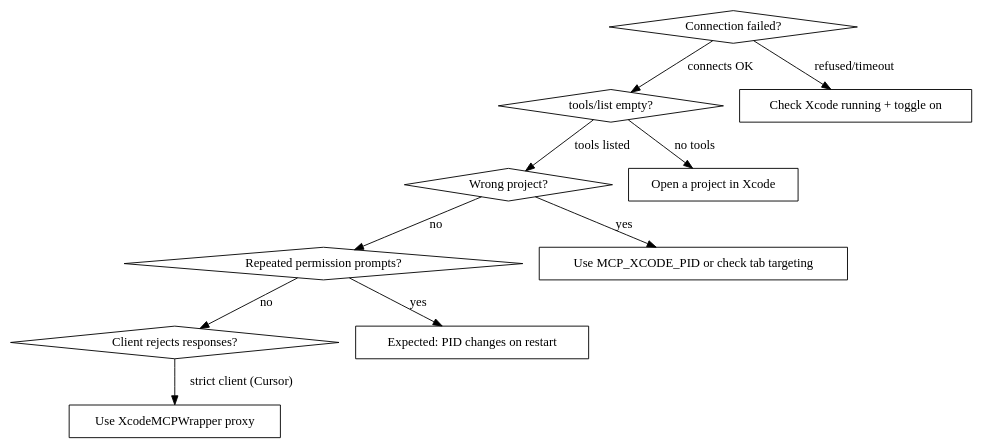
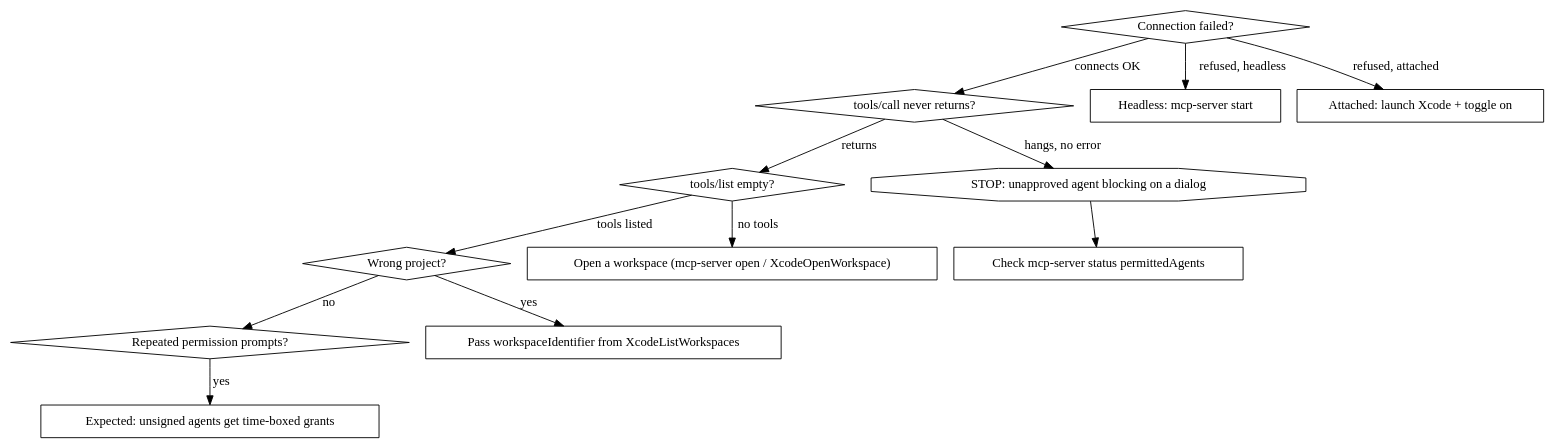
Before and after one commit to CharlesWiltgen/Axiom: the diagram in .claude-plugin/plugins/axiom/skills/axiom-xcode-mcp/skills/xcode-mcp-setup.md, drawn with Graphviz. The commit also changed other lines of this file and 7 other files, not shown here.

````diff
--- a/.claude-plugin/plugins/axiom/skills/axiom-xcode-mcp/skills/xcode-mcp-setup.md
+++ b/.claude-plugin/plugins/axiom/skills/axiom-xcode-mcp/skills/xcode-mcp-setup.md
@@ -164,26 +275,30 @@
 ```dot
 digraph troubleshoot {
     rankdir=TB;
     "Connection failed?" [shape=diamond];
+    "tools/call never returns?" [shape=diamond];
     "tools/list empty?" [shape=diamond];
     "Wrong project?" [shape=diamond];
     "Repeated permission prompts?" [shape=diamond];
-    "Client rejects responses?" [shape=diamond];
 
-    "Check Xcode running + toggle on" [shape=box];
-    "Open a project in Xcode" [shape=box];
-    "Use MCP_XCODE_PID or check tab targeting" [shape=box];
-    "Expected: PID changes on restart" [shape=box];
-    "Use XcodeMCPWrapper proxy" [shape=box];
+    "Headless: mcp-server start" [shape=box];
+    "Attached: launch Xcode + toggle on" [shape=box];
+    "STOP: unapproved agent blocking on a dialog" [shape=octagon];
+    "Check mcp-server status permittedAgents" [shape=box];
+    "Open a workspace (mcp-server open / XcodeOpenWorkspace)" [shape=box];
+    "Pass workspaceIdentifier from XcodeListWorkspaces" [shape=box];
+    "Expected: unsigned agents get time-boxed grants" [shape=box];
 
-    "Connection failed?" -> "Check Xcode running + toggle on" [label="refused/timeout"];
-    "Connection failed?" -> "tools/list empty?" [label="connects OK"];
-    "tools/list empty?" -> "Open a project in Xcode" [label="no tools"];
+    "Connection failed?" -> "Headless: mcp-server start" [label="refused, headless"];
+    "Connection failed?" -> "Attached: launch Xcode + toggle on" [label="refused, attached"];
+    "Connection failed?" -> "tools/call never returns?" [label="connects OK"];
+    "tools/call never returns?" -> "STOP: unapproved agent blocking on a dialog" [label="hangs, no error"];
+    "STOP: unapproved agent blocking on a dialog" -> "Check mcp-server status permittedAgents";
+    "tools/call never returns?" -> "tools/list empty?" [label="returns"];
+    "tools/list empty?" -> "Open a workspace (mcp-server open / XcodeOpenWorkspace)" [label="no tools"];
     "tools/list empty?" -> "Wrong project?" [label="tools listed"];
-    "Wrong project?" -> "Use MCP_XCODE_PID or check tab targeting" [label="yes"];
+    "Wrong project?" -> "Pass workspaceIdentifier from XcodeListWorkspaces" [label="yes"];
     "Wrong project?" -> "Repeated permission prompts?" [label="no"];
-    "Repeated permission prompts?" -> "Expected: PID changes on restart" [label="yes"];
-    "Repeated permission prompts?" -> "Client rejects responses?" [label="no"];
-    "Client rejects responses?" -> "Use XcodeMCPWrapper proxy" [label="strict client (Cursor)"];
+    "Repeated permission prompts?" -> "Expected: unsigned agents get time-boxed grants" [label="yes"];
 }
 ```
````
